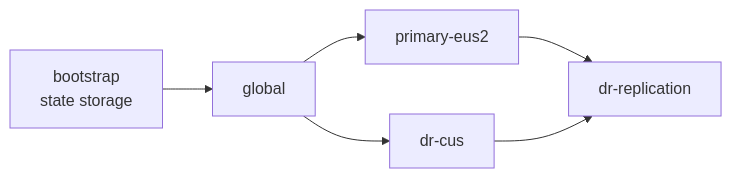
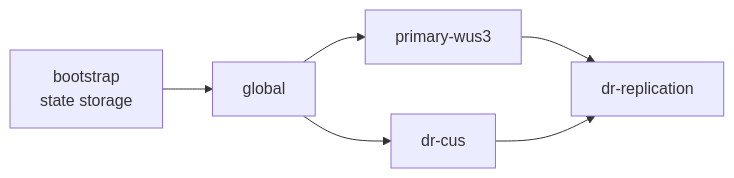
Before and after one commit to clevelandjosiah/two-tier-dr: the diagram in README.md, drawn with Mermaid. The commit also changed other lines of this file, not shown here.

Commit message:
Deploy fixes: move primary to westus3, D2s_v7 with NVMe, ASR public LB and fabric ordering, soft delete, lb_public_ip outputs

````diff
--- a/README.md
+++ b/README.md
@@ -159,8 +170,8 @@
 ```mermaid
 flowchart LR
   B["bootstrap<br/>state storage"] --> G["global"]
-  G --> P["primary-eus2"]
+  G --> P["primary-wus3"]
   G --> D["dr-cus"]
   P --> R["dr-replication"]
   D --> R
 ```
````
